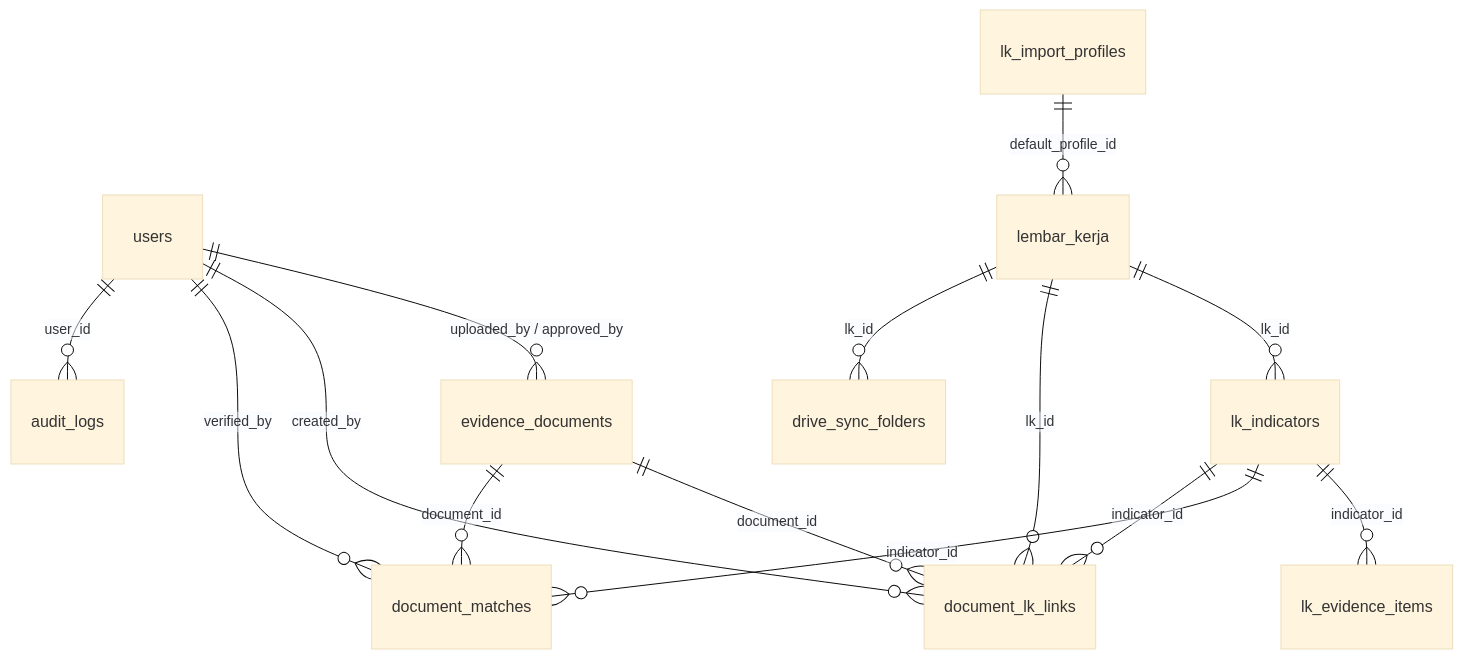
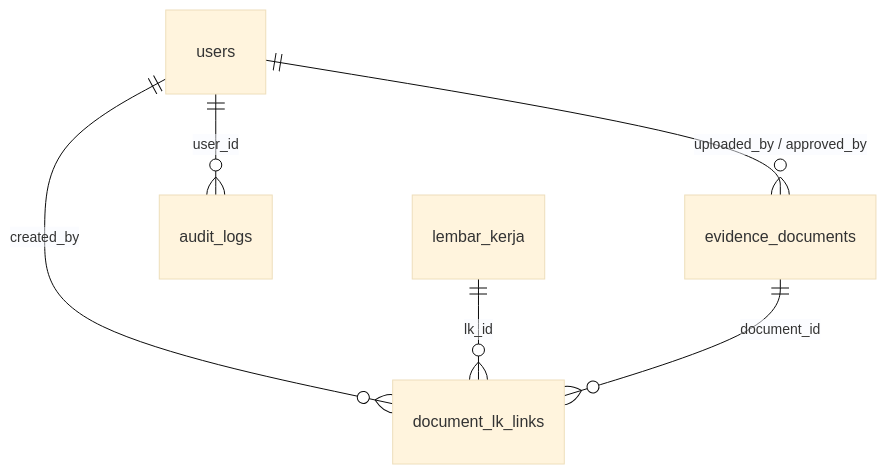
The diagram in Md/DATABASE.md (Raaamaa/websinkronisasi), drawn with Mermaid (base theme) before and after one commit. The commit also changed other lines of this file and 10 other files, not shown here.

Commit message:
docs(fase-15): sync all 11 active docs with final Perpustakaan Bukti Dukung architecture

````diff
--- a/Md/DATABASE.md
+++ b/Md/DATABASE.md
@@ -79,19 +46,9 @@
 ```mermaid
 erDiagram
     users ||--o{ evidence_documents : "uploaded_by / approved_by"
     users ||--o{ document_lk_links : "created_by"
-    users ||--o{ document_matches : "verified_by"
     users ||--o{ audit_logs : "user_id"
 
-    lembar_kerja ||--o{ lk_indicators : "lk_id"
     lembar_kerja ||--o{ document_lk_links : "lk_id"
-    lembar_kerja ||--o{ drive_sync_folders : "lk_id"
-    lk_import_profiles ||--o{ lembar_kerja : "default_profile_id"
-
-    lk_indicators ||--o{ lk_evidence_items : "indicator_id"
-    lk_indicators ||--o{ document_matches : "indicator_id"
-    lk_indicators ||--o{ document_lk_links : "indicator_id"
-
     evidence_documents ||--o{ document_lk_links : "document_id"
-    evidence_documents ||--o{ document_matches : "document_id"
 ```
````
